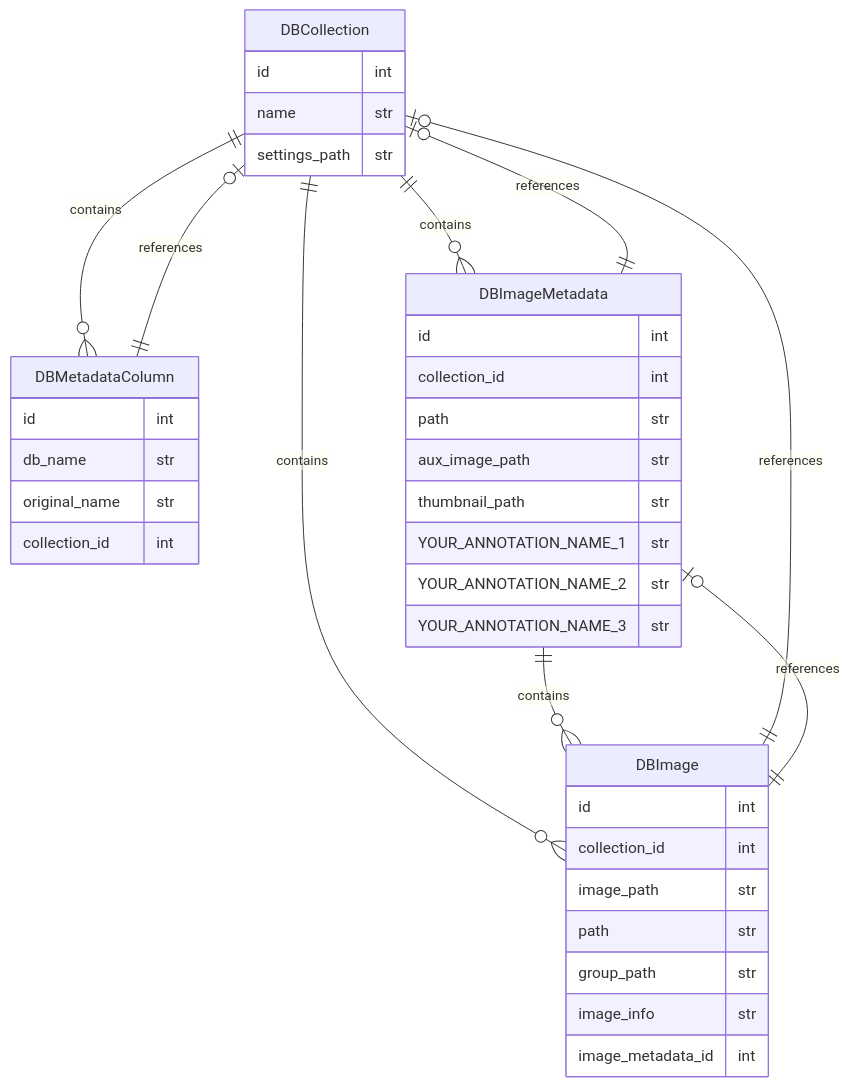
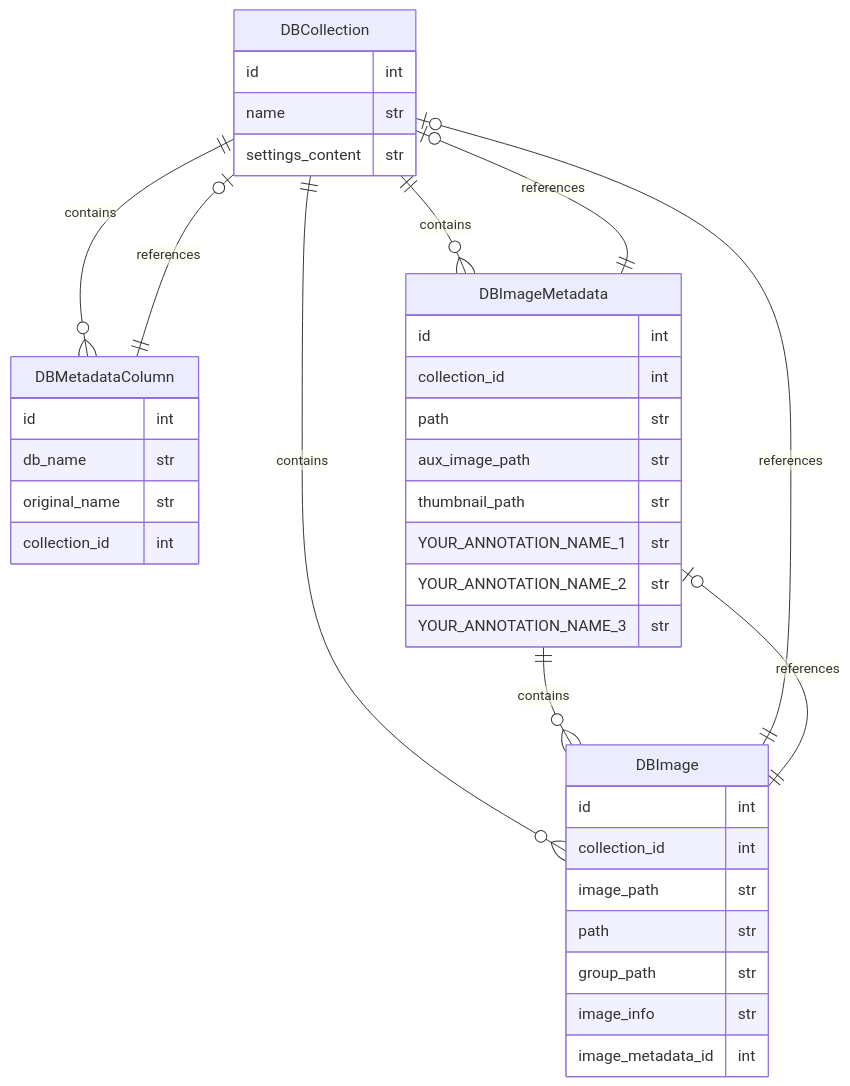
The second of 2 diagrams in docs/Overview.md (JaneliaSciComp/zarrcade), drawn with Mermaid before and after one commit. The commit also changed other lines of this file and 3 other files, not shown here.

````diff
--- a/docs/Overview.md
+++ b/docs/Overview.md
@@ -77,47 +79,47 @@
 ```mermaid
 erDiagram
 DBCollection {
     id int
     name str
-    settings_path str
+    settings_content str
 }
 
 DBMetadataColumn {
     id int
     db_name str
     original_name str
     collection_id int
 }
 
 DBImageMetadata {
     id int
     collection_id int
     path str
     aux_image_path str
     thumbnail_path str
     YOUR_ANNOTATION_NAME_1 str
     YOUR_ANNOTATION_NAME_2 str
     YOUR_ANNOTATION_NAME_3 str
 }
 
 DBImage {
     id int
     collection_id int
     image_path str
     path str
     group_path str
     image_info str
     image_metadata_id int
 }
 
 DBCollection ||--o{ DBMetadataColumn : contains
 DBCollection ||--o{ DBImageMetadata : contains
 DBCollection ||--o{ DBImage : contains
 DBMetadataColumn ||--o| DBCollection : references
 DBImageMetadata ||--o| DBCollection : references
 DBImage ||--o| DBCollection : references
 DBImageMetadata ||--o{ DBImage : contains
 DBImage ||--o| DBImageMetadata : references
 
 
 ```
````
